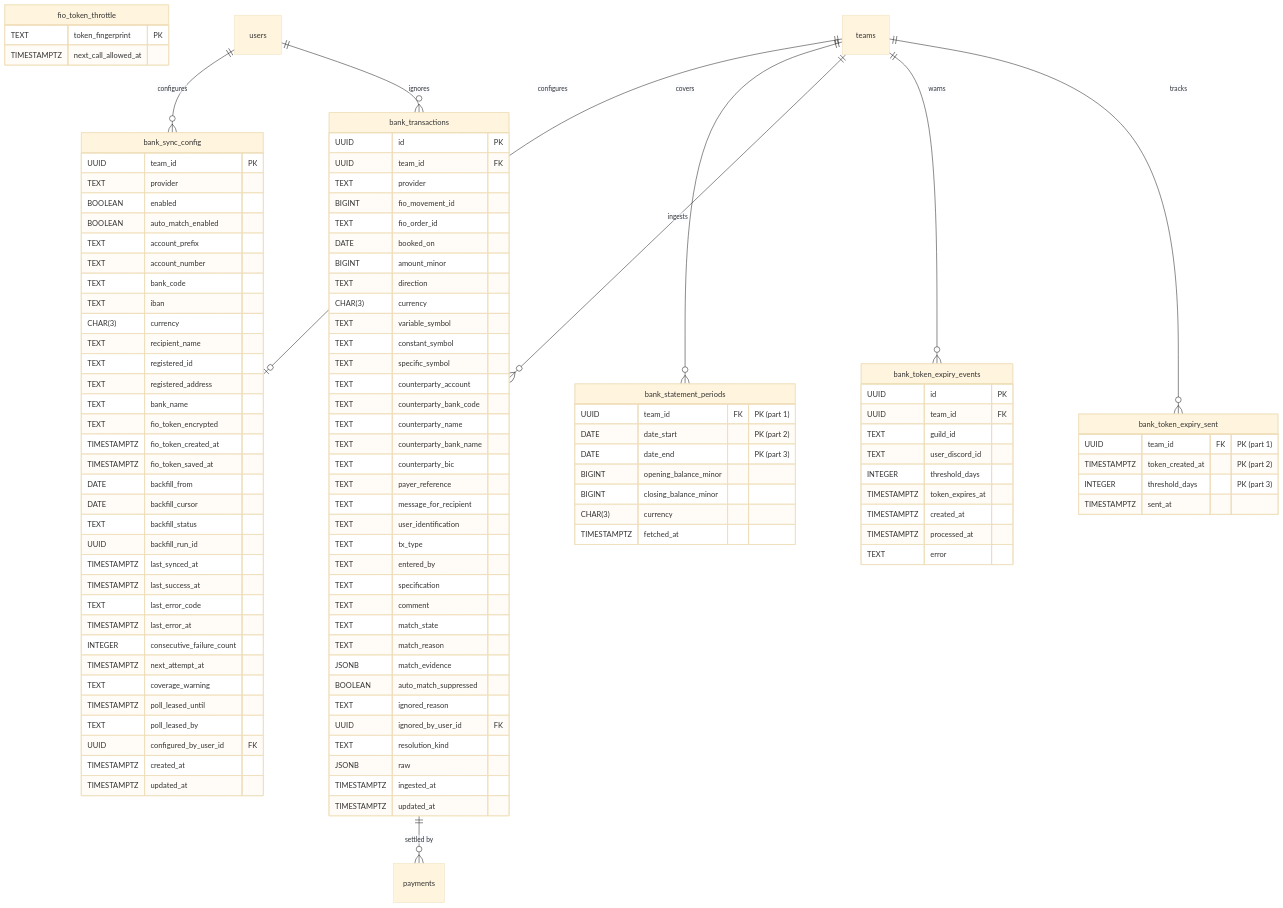
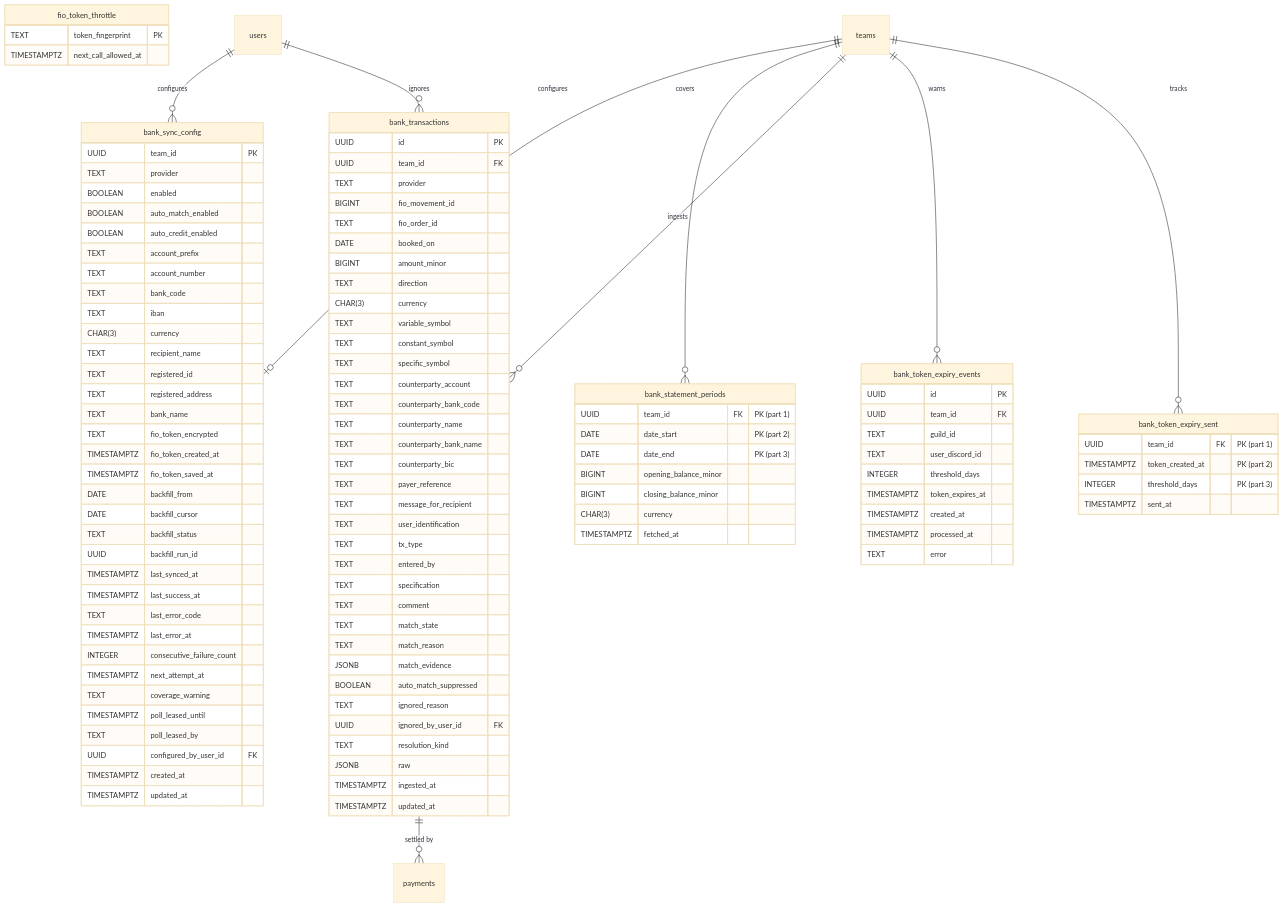
Before and after one commit to sideline-cz/sideline: diagram 16 of 23 in docs/thesis/er-diagram.md, drawn with Mermaid (base theme). The commit also changed other lines of this file and 35 other files, not shown here.

```diff
--- a/docs/thesis/er-diagram.md
+++ b/docs/thesis/er-diagram.md
@@ -1106,6 +1106,7 @@
         TEXT provider
         BOOLEAN enabled
         BOOLEAN auto_match_enabled
+        BOOLEAN auto_credit_enabled
         TEXT account_prefix
         TEXT account_number
         TEXT bank_code
```
